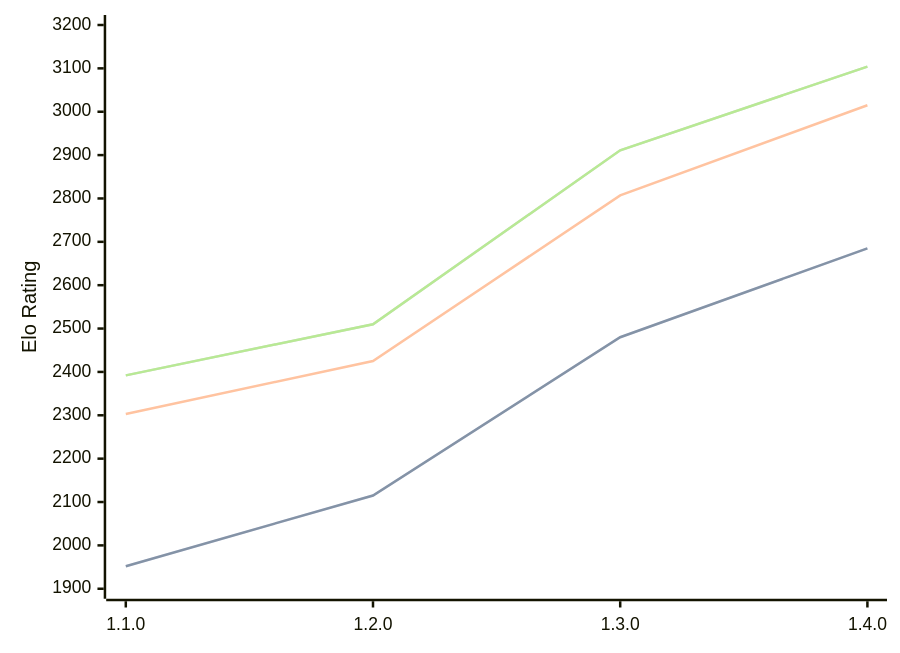
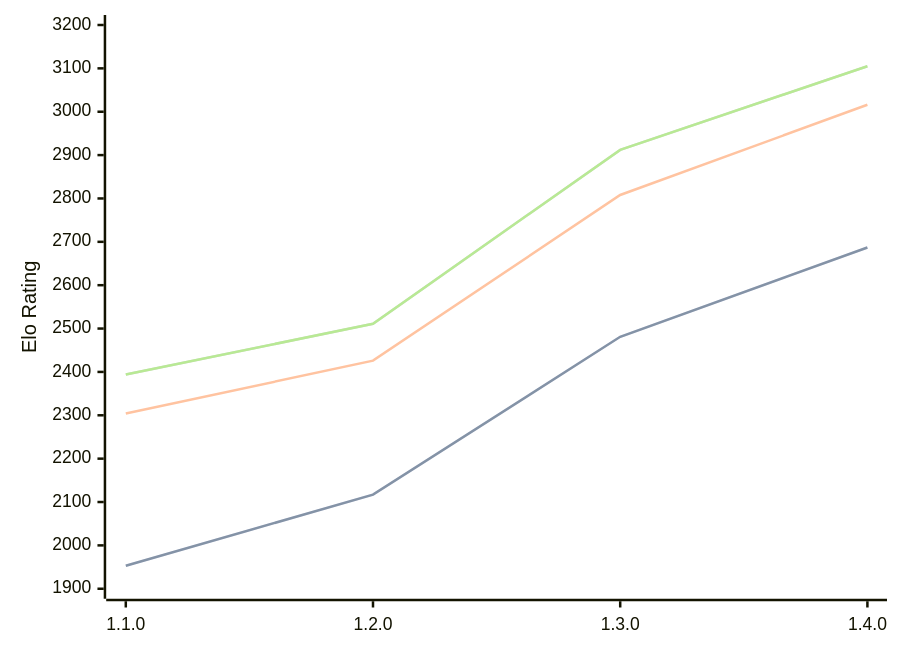
The diagram in engines/Gyatso.md (computer-chess-index/cci), drawn with Mermaid before and after one commit. The commit also changed other lines of this file, not shown here.

Commit message:
Update CCI Ratings (ELO VLTC) - 2026-08-09

````diff
--- a/engines/Gyatso.md
+++ b/engines/Gyatso.md
@@ -36,11 +36,11 @@
 ```mermaid
 %%{init: {"theme":"base","themeVariables":{"seriesColors:['#a3a3a3','#222221','#faa371']}}}%%
 xychart-beta
   x-axis ["1.1.0", "1.2.0", "1.3.0", "1.4.0"]
   y-axis "Elo Rating" 1900 --> 3200
-  line "STC (8.0+0.08s)" [1952, 2115, 2480, 2685]
-  line "STC (8.0+0.08s)" [1952, 2115, 2480, 2685]
-  line "LTC (60.0+0.60s)" [2303, 2425, 2807, 3015]
-  line "VLTC (2m24s+1.12s)" [2392, 2510, 2911, 3104]
-  line "VLTC (2m24s+1.12s)" [2392, 2510, 2911, 3104]
+  line "STC (8.0+0.08s)" [1953, 2117, 2481, 2687]
+  line "STC (8.0+0.08s)" [1953, 2117, 2481, 2687]
+  line "LTC (60.0+0.60s)" [2304, 2426, 2808, 3016]
+  line "VLTC (2m24s+1.12s)" [2394, 2511, 2912, 3105]
+  line "VLTC (2m24s+1.12s)" [2394, 2511, 2912, 3105]
 ```
````
